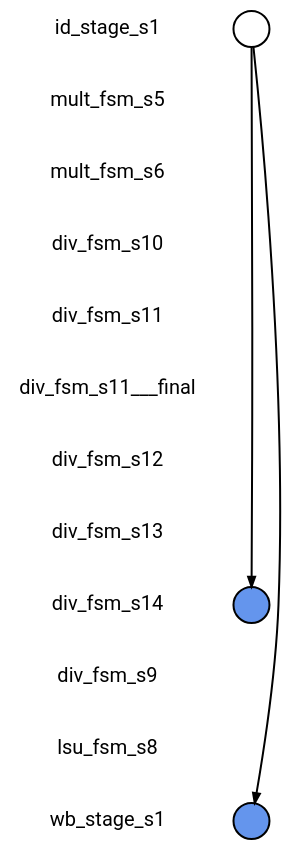
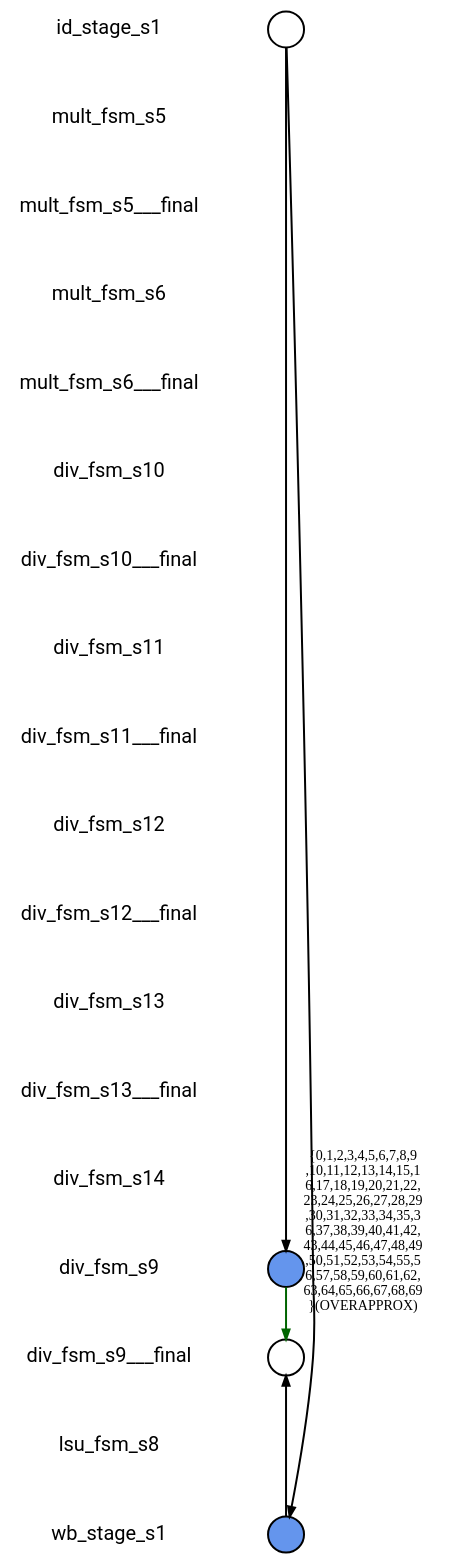
Before and after one commit to naomipark3/SynthLC: the diagram in fv/synthlc/i_MUL_out/xSummarize/nonisograph/com_2_0.dot, drawn with Graphviz. The commit also changed 12067 other files, not shown here.

```diff
--- a/fv/synthlc/i_MUL_out/xSummarize/nonisograph/com_2_0.dot
+++ b/fv/synthlc/i_MUL_out/xSummarize/nonisograph/com_2_0.dot
@@ -1,46 +1,75 @@
 
 digraph G {
     edge [penwidth=2];
     node [ shape=box, fontsize=20, penwidth=2, fontname="roboto"];
     esep=0.5;
     layout=neato;
     overlap=scale;
     splines=true;
 
 l_id_stage_s1 [label="id_stage_s1"; pos="0,-0!"; shape=none];
 
 l_mult_fsm_s5 [label="mult_fsm_s5"; pos="0,-1!"; shape=none];
 
-l_mult_fsm_s6 [label="mult_fsm_s6"; pos="0,-2!"; shape=none];
+l_mult_fsm_s5___final [label="mult_fsm_s5___final"; pos="0,-2!"; shape=none];
 
-l_div_fsm_s10 [label="div_fsm_s10"; pos="0,-3!"; shape=none];
+l_mult_fsm_s6 [label="mult_fsm_s6"; pos="0,-3!"; shape=none];
 
-l_div_fsm_s11 [label="div_fsm_s11"; pos="0,-4!"; shape=none];
+l_mult_fsm_s6___final [label="mult_fsm_s6___final"; pos="0,-4!"; shape=none];
 
-l_div_fsm_s11___final [label="div_fsm_s11___final"; pos="0,-5!"; shape=none];
+l_div_fsm_s10 [label="div_fsm_s10"; pos="0,-5!"; shape=none];
 
-l_div_fsm_s12 [label="div_fsm_s12"; pos="0,-6!"; shape=none];
+l_div_fsm_s10___final [label="div_fsm_s10___final"; pos="0,-6!"; shape=none];
 
-l_div_fsm_s13 [label="div_fsm_s13"; pos="0,-7!"; shape=none];
+l_div_fsm_s11 [label="div_fsm_s11"; pos="0,-7!"; shape=none];
 
-l_div_fsm_s14 [label="div_fsm_s14"; pos="0,-8!"; shape=none];
+l_div_fsm_s11___final [label="div_fsm_s11___final"; pos="0,-8!"; shape=none];
 
-l_div_fsm_s9 [label="div_fsm_s9"; pos="0,-9!"; shape=none];
+l_div_fsm_s12 [label="div_fsm_s12"; pos="0,-9!"; shape=none];
 
-l_lsu_fsm_s8 [label="lsu_fsm_s8"; pos="0,-10!"; shape=none];
+l_div_fsm_s12___final [label="div_fsm_s12___final"; pos="0,-10!"; shape=none];
 
-l_wb_stage_s1 [label="wb_stage_s1"; pos="0,-11!"; shape=none];
+l_div_fsm_s13 [label="div_fsm_s13"; pos="0,-11!"; shape=none];
+
+l_div_fsm_s13___final [label="div_fsm_s13___final"; pos="0,-12!"; shape=none];
+
+l_div_fsm_s14 [label="div_fsm_s14"; pos="0,-13!"; shape=none];
+
+l_div_fsm_s9 [label="div_fsm_s9"; pos="0,-14!"; shape=none];
+
+l_div_fsm_s9___final [label="div_fsm_s9___final"; pos="0,-15!"; shape=none];
+
+l_lsu_fsm_s8 [label="lsu_fsm_s8"; pos="0,-16!"; shape=none];
+
+l_wb_stage_s1 [label="wb_stage_s1"; pos="0,-17!"; shape=none];
 
 n_id_stage_s1 [label=""; pos="2,-0!"; shape=circle ]; 
 
 
-n_div_fsm_s14 [style=filled, color=black, fillcolor="#6495ED", label=""; pos="2,-8!"; shape=circle ]; 
+n_div_fsm_s9 [style=filled, color=black, fillcolor="#6495ED", label=""; pos="2,-14!"; shape=circle ]; 
 
 
-n_wb_stage_s1 [style=filled, color=black, fillcolor="#6495ED", label=""; pos="2,-11!"; shape=circle ]; 
+n_wb_stage_s1 [style=filled, color=black, fillcolor="#6495ED", label=""; pos="2,-17!"; shape=circle ]; 
 
 
-n_id_stage_s1 -> n_div_fsm_s14 [color="black"];
+n_div_fsm_s9___final [label=""; pos="2,-15!"; shape=circle ]; 
+
+
+n_id_stage_s1 -> n_div_fsm_s9 [color="black"];
 
 n_id_stage_s1 -> n_wb_stage_s1 [color="black"];
+
+n_div_fsm_s9 -> n_div_fsm_s9___final [color="#006400", label="{0,1,2,3,4,5,6,7,8,9
+,10,11,12,13,14,15,1
+6,17,18,19,20,21,22,
+23,24,25,26,27,28,29
+,30,31,32,33,34,35,3
+6,37,38,39,40,41,42,
+43,44,45,46,47,48,49
+,50,51,52,53,54,55,5
+6,57,58,59,60,61,62,
+63,64,65,66,67,68,69
+}(OVERAPPROX)"];
+
+n_wb_stage_s1 -> n_div_fsm_s9___final [color="black"];
 }
```
